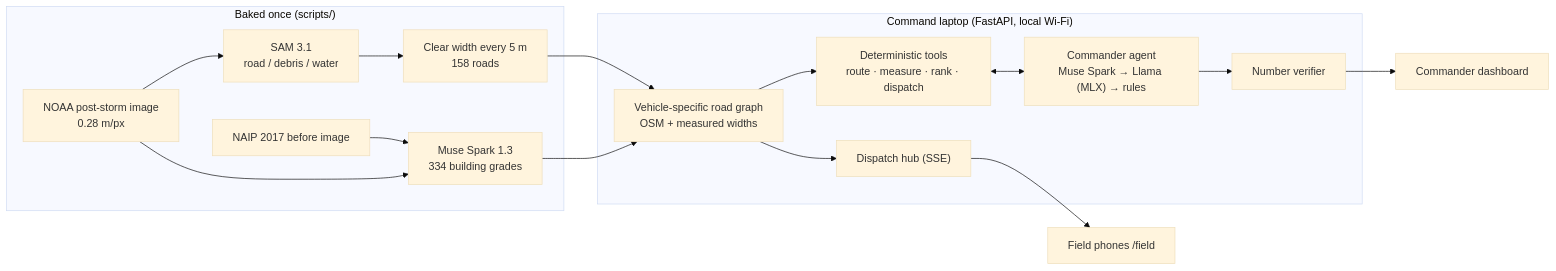
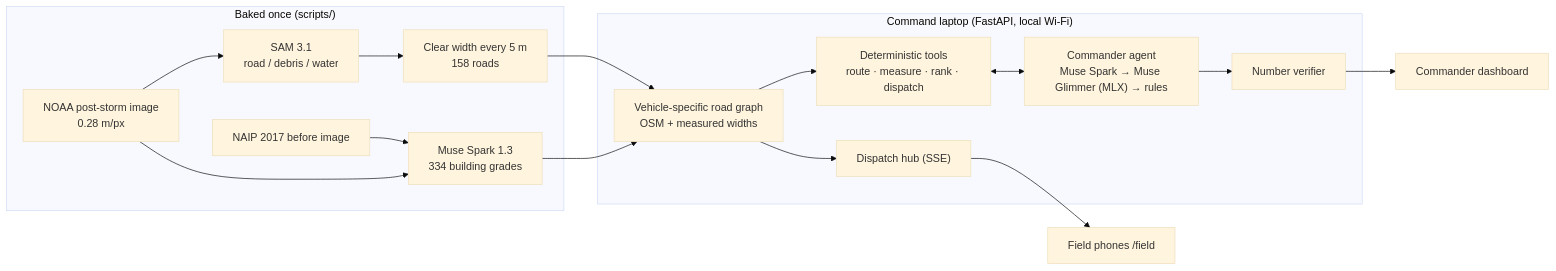
The diagram in README.md (anbestephen/FirstLight), drawn with Mermaid (base theme) before and after one commit. The commit also changed other lines of this file and 13 other files, not shown here.

Commit message:
feat: switch offline tier to Muse Glimmer 30B

````diff
--- a/README.md
+++ b/README.md
@@ -49,19 +49,19 @@
 ```mermaid
 flowchart LR
     subgraph Offline_bake["Baked once (scripts/)"]
         NOAA["NOAA post-storm image<br/>0.28 m/px"] --> SAM["SAM 3.1<br/>road / debris / water"]
         SAM --> MEAS["Clear width every 5 m<br/>158 roads"]
         NAIP["NAIP 2017 before image"] --> SPARK["Muse Spark 1.3<br/>334 building grades"]
         NOAA --> SPARK
     end
     subgraph Laptop["Command laptop (FastAPI, local Wi-Fi)"]
         MEAS --> GRAPH["Vehicle-specific road graph<br/>OSM + measured widths"]
         SPARK --> GRAPH
         GRAPH --> TOOLS["Deterministic tools<br/>route · measure · rank · dispatch"]
-        TOOLS <--> AGENT["Commander agent<br/>Muse Spark → Llama (MLX) → rules"]
+        TOOLS <--> AGENT["Commander agent<br/>Muse Spark → Muse Glimmer (MLX) → rules"]
         AGENT --> VERIFY["Number verifier"]
         GRAPH --> SSE["Dispatch hub (SSE)"]
     end
     SSE --> PHONE["Field phones /field"]
     VERIFY --> UI["Commander dashboard"]
 ```
````
